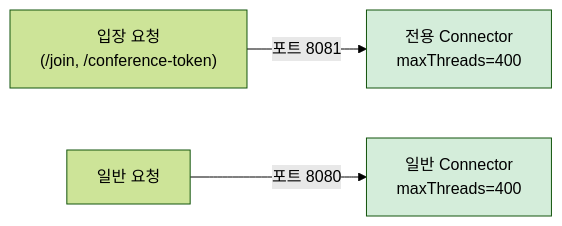
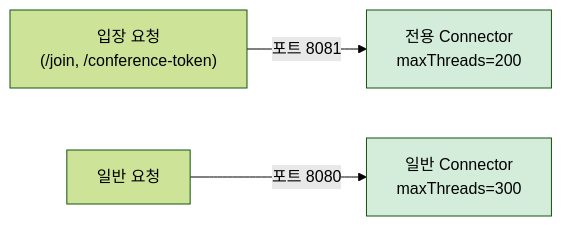
Diagram 11 of 30 in report/3/3.2-아키텍처문제분석및설계전략.md (sujinnkim/A_Personal), drawn with Mermaid (forest theme) before and after one commit. The commit also changed other lines of this file and 5 other files, not shown here.

````diff
--- a/report/3/3.2-아키텍처문제분석및설계전략.md
+++ b/report/3/3.2-아키텍처문제분석및설계전략.md
@@ -372,7 +372,7 @@
 ```mermaid
 flowchart LR
-    REQ_J["입장 요청\n(/join, /conference-token)"] -->|"포트 8081"| C8081["전용 Connector\nmaxThreads=400"]
-    REQ_Q["일반 요청"] -->|"포트 8080"| C8080["일반 Connector\nmaxThreads=400"]
+    REQ_J["입장 요청\n(/join, /conference-token)"] -->|"포트 8081"| C8081["전용 Connector\nmaxThreads=200"]
+    REQ_Q["일반 요청"] -->|"포트 8080"| C8080["일반 Connector\nmaxThreads=300"]
     style C8081 fill:#d4edda,color:#000
     style C8080 fill:#d4edda,color:#000
 ```
````
